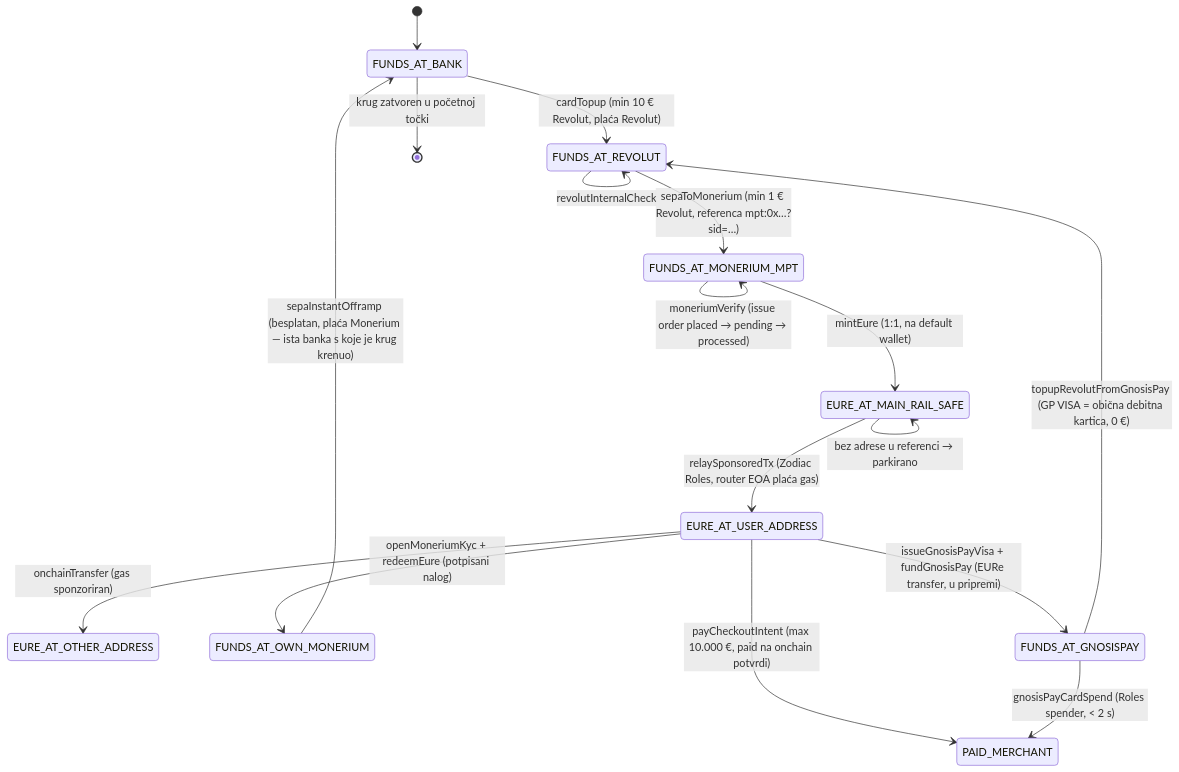
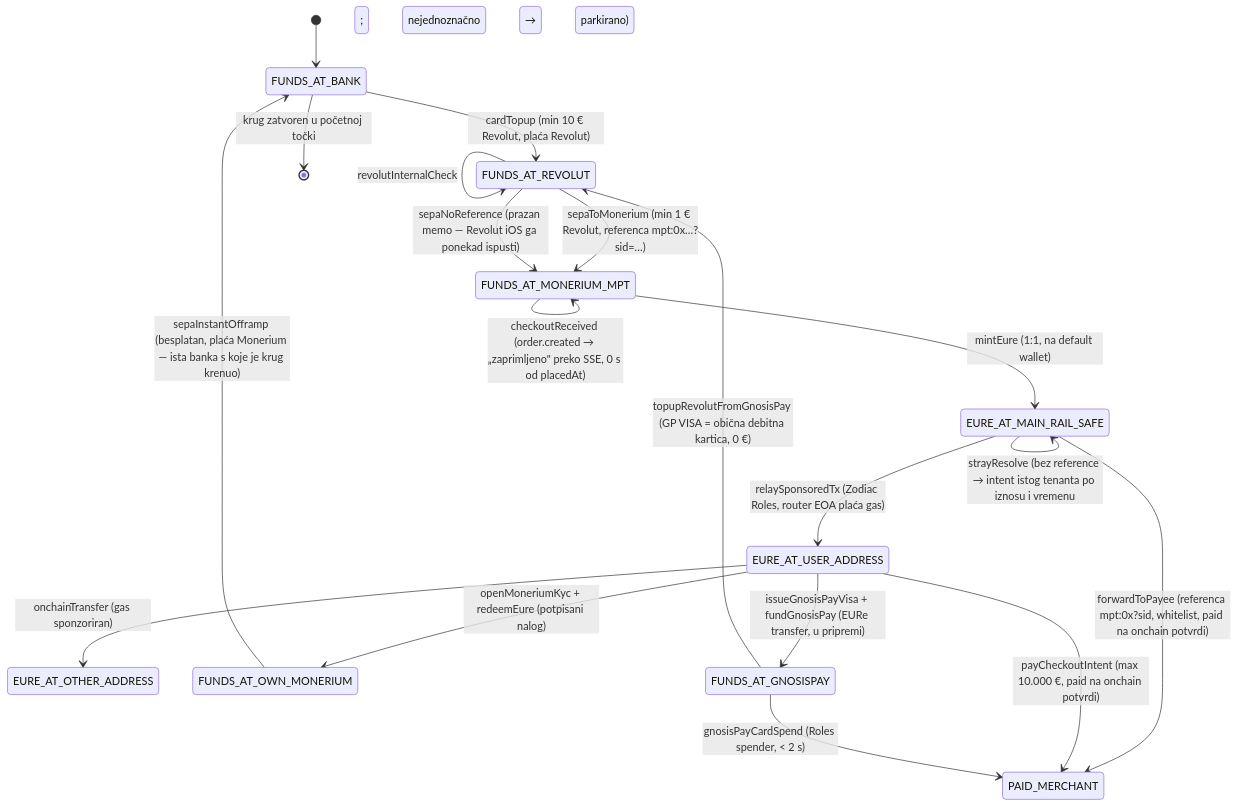
Before and after one commit to domovinatv/mpt-landing: the second of 2 diagrams in docs/flow.md, drawn with Mermaid. The commit also changed other lines of this file and 3 other files, not shown here.

First line of the commit message:
Machine: merchant-direct checkout and payments without a reference

````diff
--- a/docs/flow.md
+++ b/docs/flow.md
@@ -43,22 +53,25 @@
 ```mermaid
 stateDiagram-v2
     [*] --> FUNDS_AT_BANK
     FUNDS_AT_BANK --> FUNDS_AT_REVOLUT : cardTopup (min 10 € Revolut, plaća Revolut)
     FUNDS_AT_REVOLUT --> FUNDS_AT_REVOLUT : scanEpcQr
     FUNDS_AT_REVOLUT --> FUNDS_AT_REVOLUT : confirmAllowlist
     FUNDS_AT_REVOLUT --> FUNDS_AT_REVOLUT : revolutInternalCheck
     FUNDS_AT_REVOLUT --> FUNDS_AT_MONERIUM_MPT : sepaToMonerium (min 1 € Revolut, referenca mpt#colon;0x…?sid=…)
     FUNDS_AT_MONERIUM_MPT --> FUNDS_AT_MONERIUM_MPT : moneriumVerify (issue order placed → pending → processed)
     FUNDS_AT_MONERIUM_MPT --> EURE_AT_MAIN_RAIL_SAFE : mintEure (1:1, na default wallet)
     EURE_AT_MAIN_RAIL_SAFE --> EURE_AT_USER_ADDRESS : relaySponsoredTx (Zodiac Roles, router EOA plaća gas)
-    EURE_AT_MAIN_RAIL_SAFE --> EURE_AT_MAIN_RAIL_SAFE : bez adrese u referenci → parkirano
+    FUNDS_AT_REVOLUT --> FUNDS_AT_MONERIUM_MPT : sepaNoReference (prazan memo — Revolut iOS ga ponekad ispusti)
+    FUNDS_AT_MONERIUM_MPT --> FUNDS_AT_MONERIUM_MPT : checkoutReceived (order.created → „zaprimljeno" preko SSE, 0 s od placedAt)
+    EURE_AT_MAIN_RAIL_SAFE --> PAID_MERCHANT : forwardToPayee (referenca mpt#colon;0x<trgovac>?sid, whitelist, paid na onchain potvrdi)
+    EURE_AT_MAIN_RAIL_SAFE --> EURE_AT_MAIN_RAIL_SAFE : strayResolve (bez reference → intent istog tenanta po iznosu i vremenu; nejednoznačno → parkirano)
     EURE_AT_USER_ADDRESS --> EURE_AT_OTHER_ADDRESS : onchainTransfer (gas sponzoriran)
     EURE_AT_USER_ADDRESS --> PAID_MERCHANT : payCheckoutIntent (max 10.000 €, paid na onchain potvrdi)
     EURE_AT_USER_ADDRESS --> FUNDS_AT_OWN_MONERIUM : openMoneriumKyc + redeemEure (potpisani nalog)
     FUNDS_AT_OWN_MONERIUM --> FUNDS_AT_BANK : sepaInstantOfframp (besplatan, plaća Monerium — ista banka s koje je krug krenuo)
     FUNDS_AT_BANK --> [*] : krug zatvoren u početnoj točki
 
     EURE_AT_USER_ADDRESS --> FUNDS_AT_GNOSISPAY : issueGnosisPayVisa + fundGnosisPay (EURe transfer, u pripremi)
     FUNDS_AT_GNOSISPAY --> PAID_MERCHANT : gnosisPayCardSpend (Roles spender, < 2 s)
     FUNDS_AT_GNOSISPAY --> FUNDS_AT_REVOLUT : topupRevolutFromGnosisPay (GP VISA = obična debitna kartica, 0 €)
 ```
````
